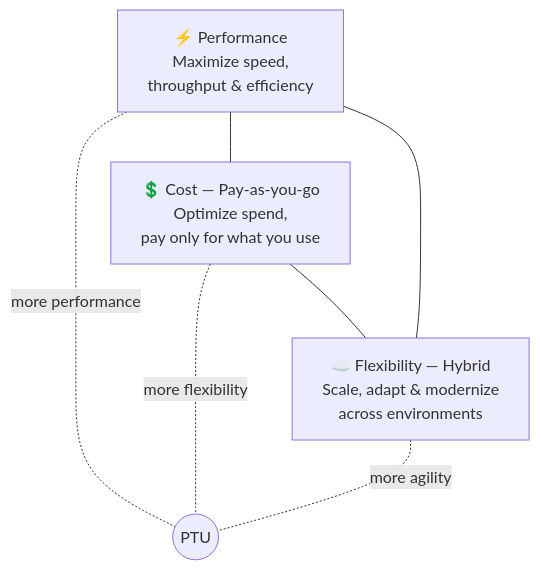
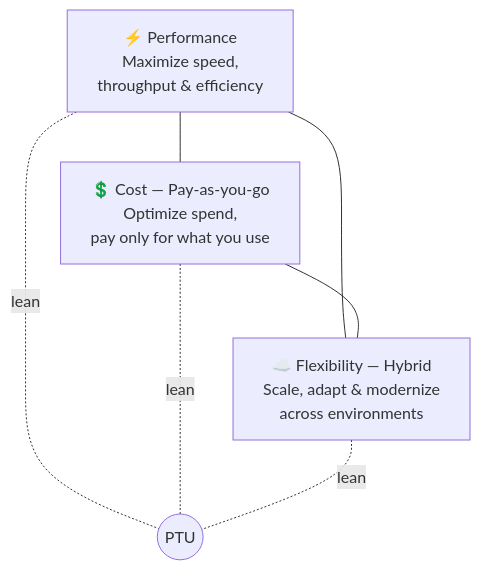
Before and after one commit to lindazhang2000/azure-openai-ptu-sizing-tool: the diagram in README.md, drawn with Mermaid.

Commit message:
Render PTU decision triangle as an actual triangle
Reorder the Mermaid edges so Performance sits at the apex with Cost and Flexibility as the two base corners (P---C, P---F, C---F), and PTU centered via dotted spokes - so the diagram reads as a triangle instead of a vertical chain.

````diff
--- a/README.md
+++ b/README.md
@@ -13,13 +13,15 @@
 ```mermaid
 graph TD
     P["⚡ Performance<br/>Maximize speed,<br/>throughput &amp; efficiency"]
+    PTU(("PTU"))
     C["💲 Cost — Pay-as-you-go<br/>Optimize spend,<br/>pay only for what you use"]
     F["☁️ Flexibility — Hybrid<br/>Scale, adapt &amp; modernize<br/>across environments"]
-    PTU(("PTU"))
-    P -. "more performance" .- PTU
-    C -. "more flexibility" .- PTU
-    F -. "more agility" .- PTU
+
     P --- C
+    P --- F
     C --- F
-    F --- P
+
+    P -. lean .- PTU
+    C -. lean .- PTU
+    F -. lean .- PTU
 ```
````
